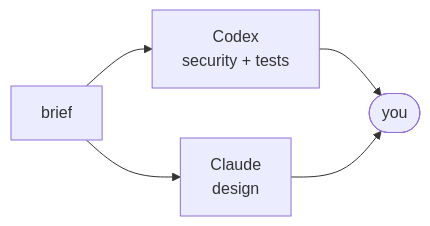
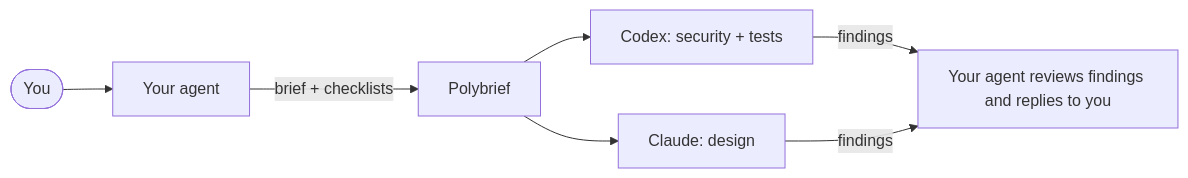
Before and after one commit to ivklgn/polybrief: the fourth of 4 diagrams in README.md, drawn with Mermaid. The commit also changed other lines of this file and 69 other files, not shown here.

````diff
--- a/README.md
+++ b/README.md
@@ -95,5 +125,8 @@
 ```mermaid
 flowchart LR
-  B[brief] --> X["Codex<br/>security + tests"] & C["Claude<br/>design"]
-  X & C --> Y([you])
+  U([You]) --> H[Your agent]
+  H -- brief + checklists --> P[Polybrief]
+  P --> X[Codex: security + tests] & C[Claude: design]
+  X -- findings --> J[Your agent reviews findings and replies to you]
+  C -- findings --> J
 ```
````
